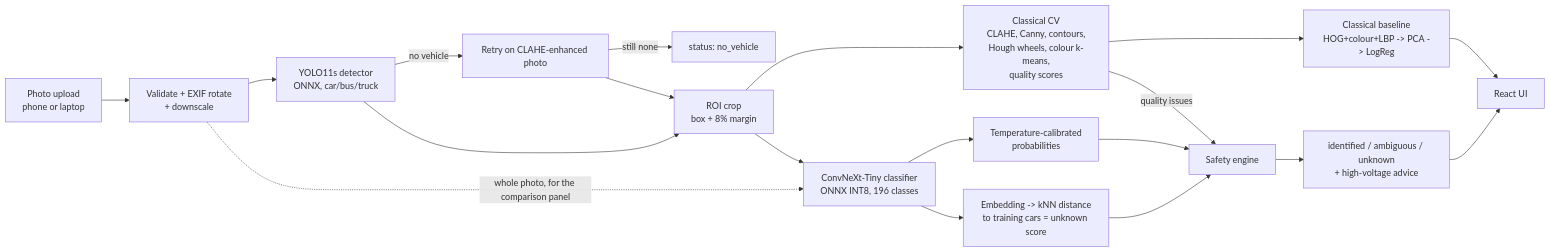
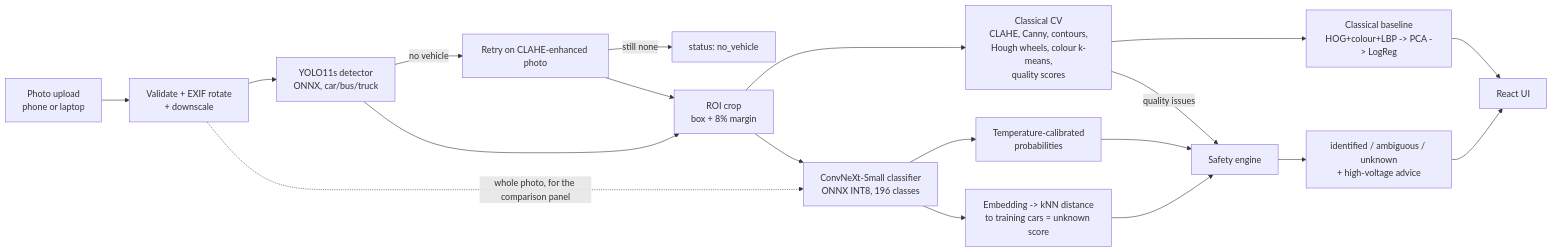
One commit to Priyanshu-senapati/Rescuelens changed the diagram in docs/design.md. Above: the diagram before and after it, drawn with Mermaid. The commit also changed other lines of this file and 3 other files, not shown here.

Commit message:
feat: switch to ConvNeXt-Small (94.55% top-1, 96.7% unknown cars caught); docs and eval updated

````diff
--- a/docs/design.md
+++ b/docs/design.md
@@ -33,21 +33,21 @@
 ```mermaid
 flowchart LR
     U[Photo upload<br/>phone or laptop] --> V[Validate + EXIF rotate<br/>+ downscale]
     V --> D[YOLO11s detector<br/>ONNX, car/bus/truck]
     D -- no vehicle --> D2[Retry on CLAHE-enhanced photo]
     D2 -- still none --> NV[status: no_vehicle]
     D --> R[ROI crop<br/>box + 8% margin]
     D2 --> R
     R --> C[Classical CV<br/>CLAHE, Canny, contours,<br/>Hough wheels, colour k-means,<br/>quality scores]
-    R --> M[ConvNeXt-Tiny classifier<br/>ONNX INT8, 196 classes]
+    R --> M[ConvNeXt-Small classifier<br/>ONNX INT8, 196 classes]
     V -. whole photo, for the comparison panel .-> M
     M --> P[Temperature-calibrated<br/>probabilities]
     M --> K[Embedding -> kNN distance<br/>to training cars = unknown score]
     C --> B[Classical baseline<br/>HOG+colour+LBP -> PCA -> LogReg]
     P --> S[Safety engine]
     K --> S
     C -- quality issues --> S
     S --> O[identified / ambiguous / unknown<br/>+ high-voltage advice]
     O --> UI[React UI]
     B --> UI
 ```
````
